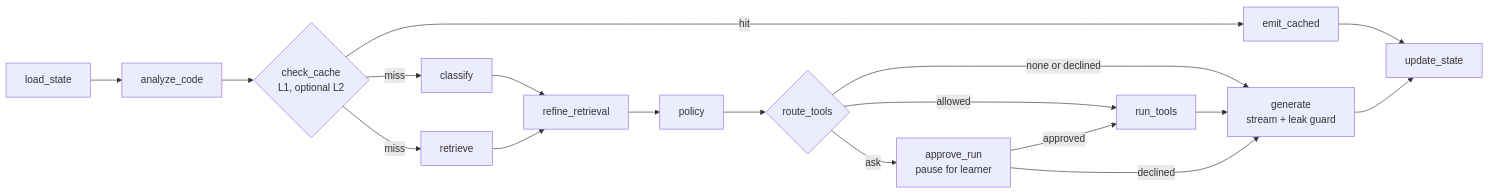
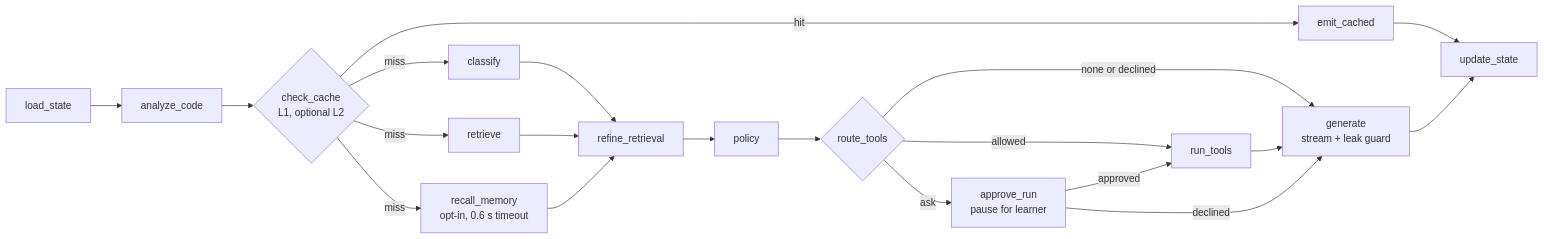
One commit to jsuryanm/code-buddy changed the first of 2 diagrams in docs/architecture.md. Above: the diagram before and after it, drawn with Mermaid. The commit also changed other lines of this file and 19 other files, not shown here.

````diff
--- a/docs/architecture.md
+++ b/docs/architecture.md
@@ -63,20 +68,22 @@
 ```mermaid
 flowchart LR
     A[load_state] --> B[analyze_code]
     B --> C{check_cache<br/>L1, optional L2}
     C -- hit --> D[emit_cached]
     C -- miss --> E[classify]
     C -- miss --> F[retrieve]
+    C -- miss --> M[recall_memory<br/>opt-in, 0.6 s timeout]
     E --> R[refine_retrieval]
     F --> R
+    M --> R
     R --> G[policy]
     G --> T{route_tools}
     T -- none or declined --> H[generate<br/>stream + leak guard]
     T -- allowed --> X[run_tools]
     T -- ask --> P[approve_run<br/>pause for learner]
     P -- approved --> X
     P -- declined --> H
     X --> H
     D --> I[update_state]
     H --> I
 ```
````
